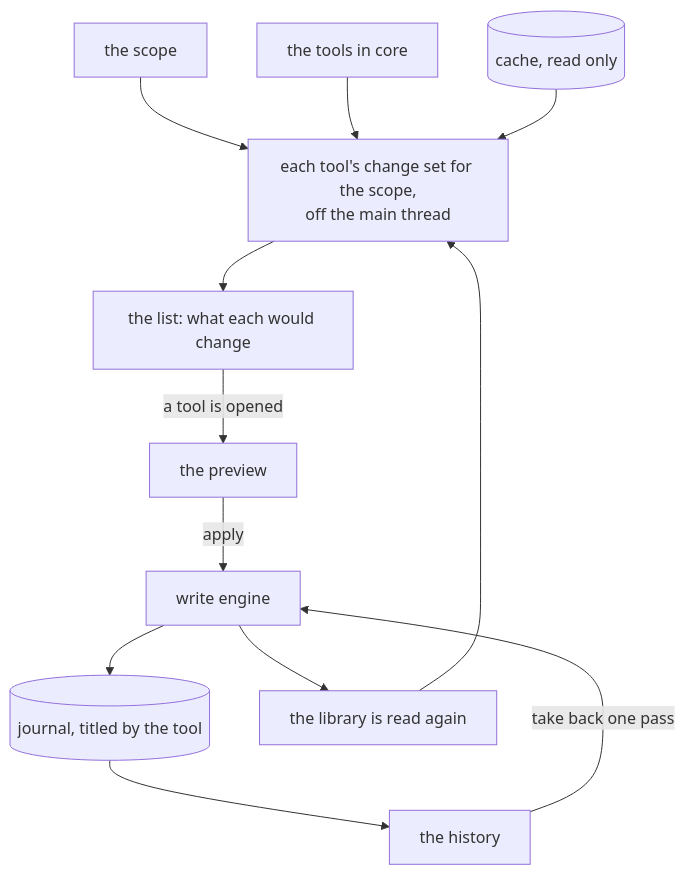
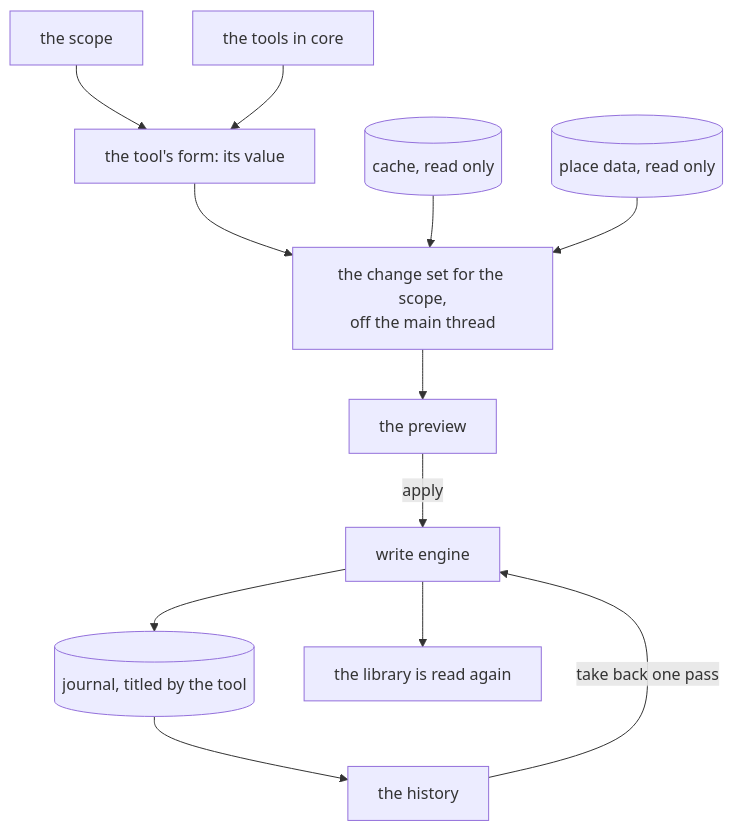
The first of 2 diagrams in docs/tools.md (xuedi/photoManager), drawn with Mermaid before and after one commit. The commit also changed other lines of this file and 6 other files, not shown here.

````diff
--- a/docs/tools.md
+++ b/docs/tools.md
@@ -45,14 +29,14 @@
 ```mermaid
 flowchart TD
-    scope[the scope] --> count
-    list[the tools in core] --> count[each tool's change set for the scope,<br/>off the main thread]
-    cache[(cache, read only)] --> count
-    count --> rows[the list: what each would change]
-    rows -- a tool is opened --> preview[the preview]
+    scope[the scope] --> form
+    list[the tools in core] --> form[the tool's form: its value]
+    form --> build[the change set for the scope,<br/>off the main thread]
+    cache[(cache, read only)] --> build
+    geo[(place data, read only)] --> build
+    build --> preview[the preview]
     preview -- apply --> engine[write engine]
     engine --> journal[(journal, titled by the tool)]
     engine --> scan[the library is read again]
-    scan --> count
     journal --> history[the history]
     history -- take back one pass --> engine
 ```
````
